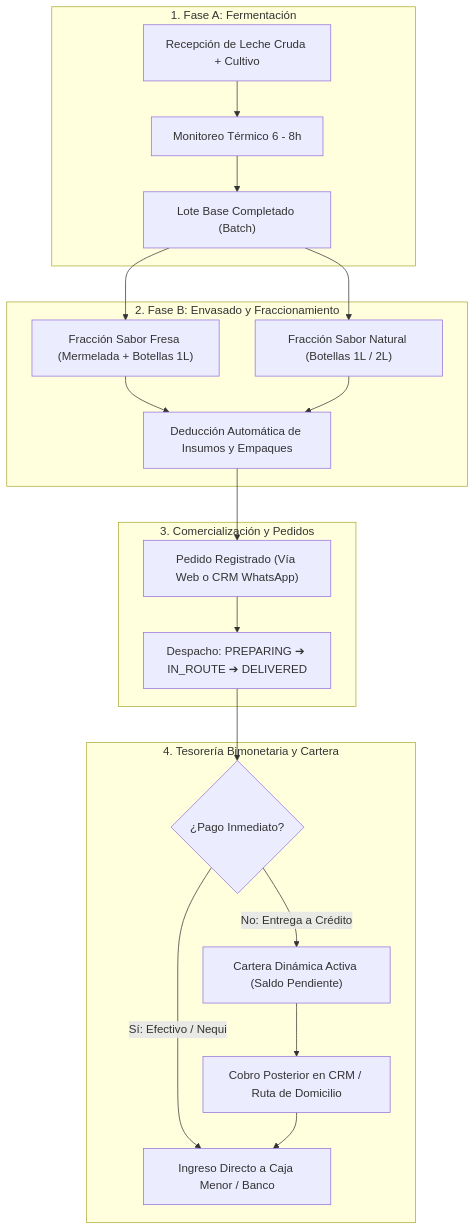
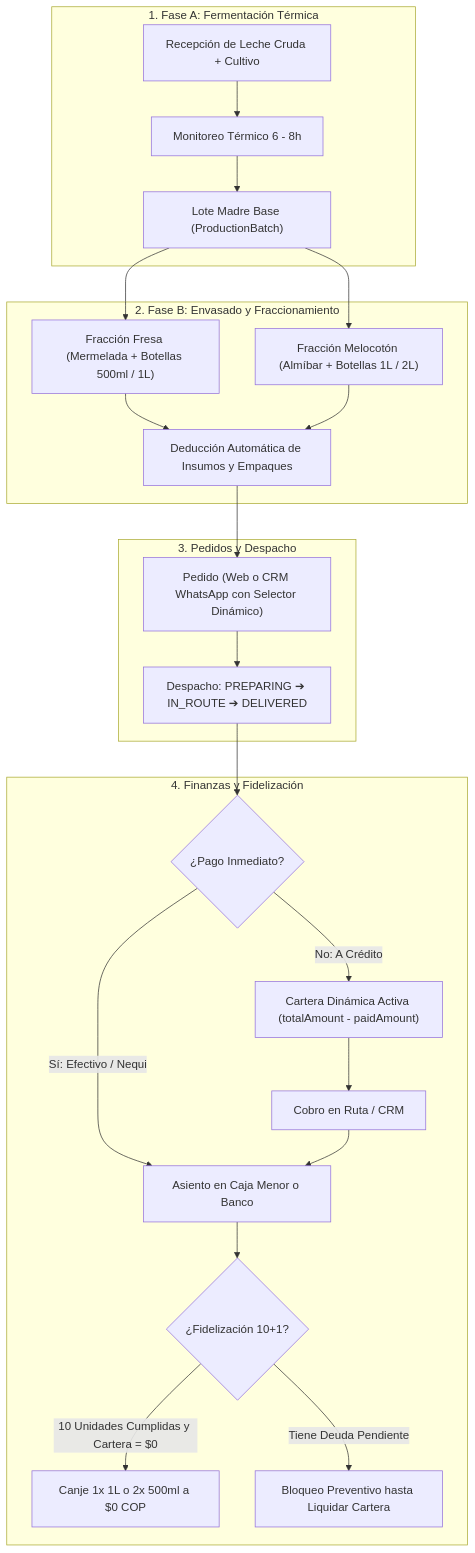
Before and after one commit to edier-0/yogurarte-app: the first of 2 diagrams in README.md, drawn with Mermaid. The commit also changed other lines of this file and 1 other file, not shown here.

Commit message:
docs: actualizar readme con opciones de despliegue local y remoto y estado actual

````diff
--- a/README.md
+++ b/README.md
@@ -125,27 +142,30 @@
 ```mermaid
 flowchart TD
-    subgraph S1["1. Fase A: Fermentación"]
+    subgraph S1["1. Fase A: Fermentación Térmica"]
         A1["Recepción de Leche Cruda + Cultivo"] --> A2["Monitoreo Térmico 6 - 8h"]
-        A2 --> A3["Lote Base Completado (Batch)"]
+        A2 --> A3["Lote Madre Base (ProductionBatch)"]
     end
 
     subgraph S2["2. Fase B: Envasado y Fraccionamiento"]
-        A3 --> B1["Fracción Sabor Fresa (Mermelada + Botellas 1L)"]
-        A3 --> B2["Fracción Sabor Natural (Botellas 1L / 2L)"]
+        A3 --> B1["Fracción Fresa (Mermelada + Botellas 500ml / 1L)"]
+        A3 --> B2["Fracción Melocotón (Almíbar + Botellas 1L / 2L)"]
         B1 --> B3["Deducción Automática de Insumos y Empaques"]
         B2 --> B3
     end
 
-    subgraph S3["3. Comercialización y Pedidos"]
-        B3 --> C1["Pedido Registrado (Vía Web o CRM WhatsApp)"]
+    subgraph S3["3. Pedidos y Despacho"]
+        B3 --> C1["Pedido (Web o CRM WhatsApp con Selector Dinámico)"]
         C1 --> C2["Despacho: PREPARING ➔ IN_ROUTE ➔ DELIVERED"]
     end
 
-    subgraph S4["4. Tesorería Bimonetaria y Cartera"]
+    subgraph S4["4. Finanzas y Fidelización"]
         C2 --> D1{"¿Pago Inmediato?"}
-        D1 -- "Sí: Efectivo / Nequi" --> D2["Ingreso Directo a Caja Menor / Banco"]
-        D1 -- "No: Entrega a Crédito" --> D3["Cartera Dinámica Activa (Saldo Pendiente)"]
-        D3 --> D4["Cobro Posterior en CRM / Ruta de Domicilio"]
+        D1 -- "Sí: Efectivo / Nequi" --> D2["Asiento en Caja Menor o Banco"]
+        D1 -- "No: A Crédito" --> D3["Cartera Dinámica Activa (totalAmount - paidAmount)"]
+        D3 --> D4["Cobro en Ruta / CRM"]
         D4 --> D2
+        D2 --> E1{"¿Fidelización 10+1?"}
+        E1 -- "10 Unidades Cumplidas y Cartera = $0" --> E2["Canje 1x 1L o 2x 500ml a $0 COP"]
+        E1 -- "Tiene Deuda Pendiente" --> E3["Bloqueo Preventivo hasta Liquidar Cartera"]
     end
 ```
````
